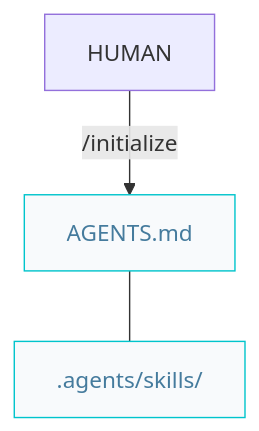
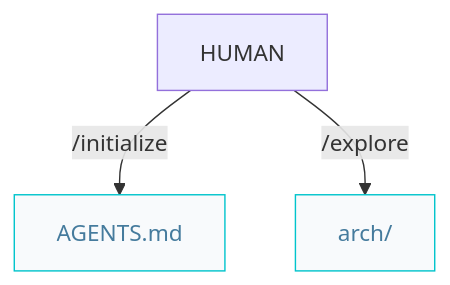
Before and after one commit to AIDDbot/AIDDbot: the first of 2 diagrams in docs/architect.pipelines.md, drawn with Mermaid. The commit also changed other lines of this file and 5 other files, not shown here.

````diff
--- a/docs/architect.pipelines.md
+++ b/docs/architect.pipelines.md
@@ -7,11 +7,11 @@
 ```mermaid
 flowchart TD  
   HUM[HUMAN]
   AGT["AGENTS.md"]:::nd
-  SKL[".agents/skills/"]:::nd
+  ARC["arch/"]:::nd
 
   HUM -->|/initialize| AGT
-  AGT --- SKL
+  HUM -->|/explore| ARC
 
   classDef nd fill:#f8fafc,stroke:#00c4cc,color:#457b9d
 ```
````
